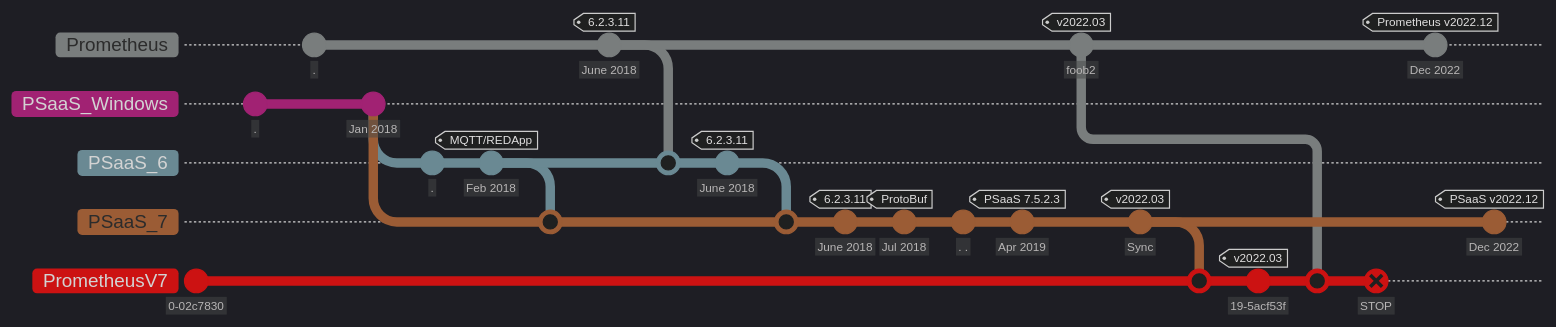
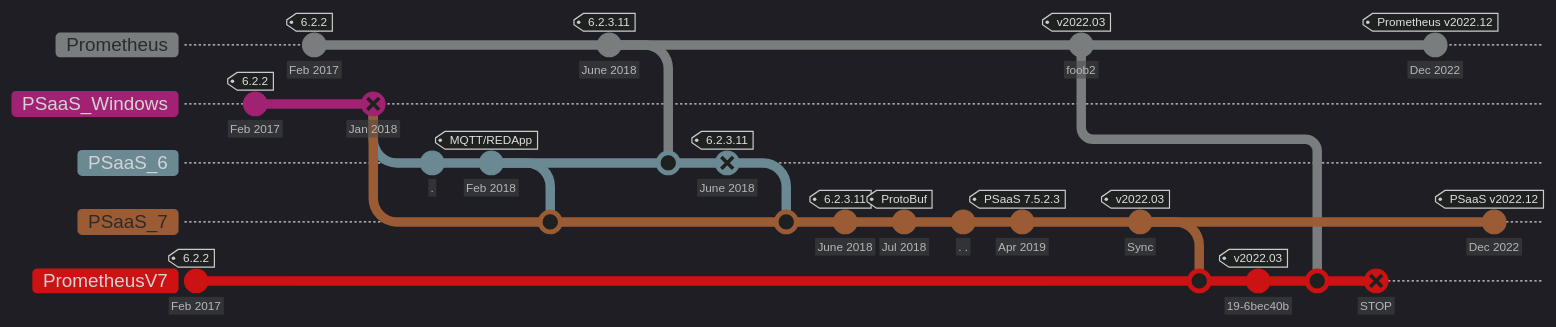
One commit to WISE-Developers/Project_issues changed the fourth of 5 diagrams in geneology.md. Above: the diagram before and after it, drawn with Mermaid. The commit also changed other lines of this file, not shown here. Commit ids are hidden.

Commit message:
fix feb 2017

````diff
--- a/geneology.md
+++ b/geneology.md
@@ -114,71 +119,71 @@
 ```mermaid
 
 %%{ init: {  
     'logLevel': 'debug', 
     'theme': 'dark', 
 'gitGraph': { 'rotateCommitLabel': false, 'showBranches': true,  'showCommitLabel':true, 'mainBranchName': 'Prometheus' } } }%% 
 gitGraph
 branch PrometheusV7 order: 3
 checkout PrometheusV7
-commit
+commit id: "Feb  2017" tag: "6.2.2"
 checkout Prometheus
 branch PSaaS_Windows order:0
 checkout PSaaS_Windows
-commit id:"."
+commit id: " Feb  2017" tag: "6.2.2"
 
 checkout Prometheus
-commit id:". "
+commit id: " Feb  2017 " tag: "6.2.2"
 checkout PSaaS_Windows
-commit id: "Jan 2018"
+commit id: "Jan 2018" type:REVERSE
 
 branch PSaaS_7 order: 2
 branch PSaaS_6 order: 1
 commit id:" . "
 commit id: "Feb 2018" tag:"MQTT/REDApp"
 
 checkout PSaaS_7
 merge PSaaS_6
 
 
 checkout Prometheus
 commit id: "June 2018" tag: "6.2.3.11"
 
 checkout PSaaS_6
 merge Prometheus
-commit id: " June 2018" tag: "6.2.3.11"
+commit id: " June 2018" tag: "6.2.3.11" type:REVERSE
 checkout PSaaS_7
 merge PSaaS_6
 commit id: "  June 2018" tag: "6.2.3.11"
 
 checkout PSaaS_7
 commit id: "Jul 2018" tag: "ProtoBuf"
 commit id: "   .   .   "
 commit id:"Apr 2019" tag: "PSaaS 7.5.2.3"
 checkout PSaaS_6
 commit id: "STOP" type: REVERSE
 
 checkout Prometheus
 commit id: "foob2" tag: "v2022.03"
 checkout PSaaS_6
 
 checkout PSaaS_7
 commit id: "Sync " tag: "v2022.03"
 
 checkout PrometheusV7
 merge PSaaS_7
 commit tag: "v2022.03"
 
 
 
 
 merge Prometheus
 commit id: "STOP" type:REVERSE
 
 checkout Prometheus
 commit id: "Dec  2022" tag: "Prometheus v2022.12"
 
 checkout PSaaS_7
 commit id: "Dec   2022" tag: "PSaaS v2022.12"
 
 
 ```
````
